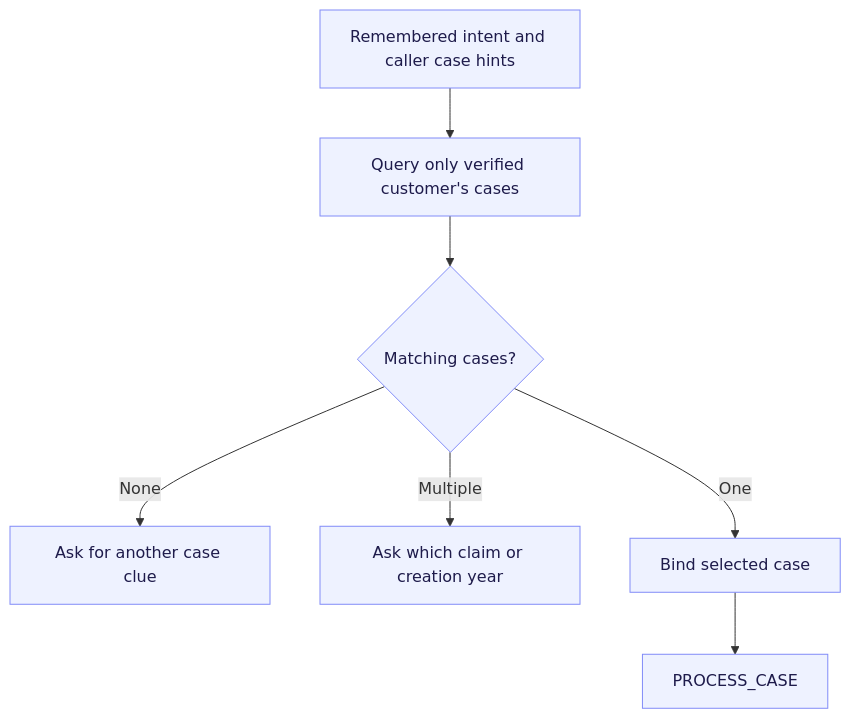
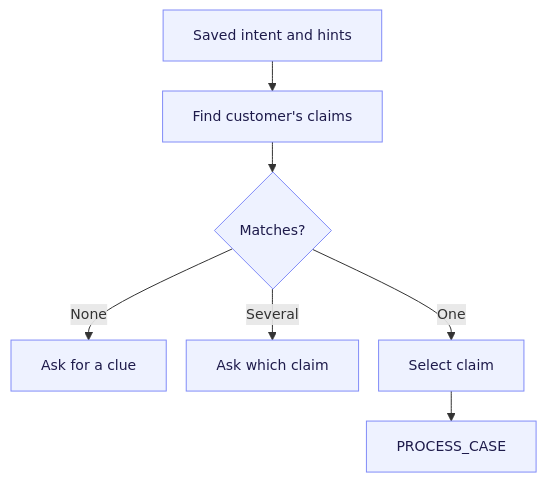
Before and after one commit to XinhaoTheo/insurance-claims-sop-agent: the second of 10 diagrams in docs/architecture.md, drawn with Mermaid. The commit also changed other lines of this file and 1 other file, not shown here.

Commit message:
docs: fit diagrams to page width

````diff
--- a/docs/architecture.md
+++ b/docs/architecture.md
@@ -60,11 +55,12 @@
 ```mermaid
+%%{init: {"flowchart": {"nodeSpacing": 20, "rankSpacing": 30}, "themeVariables": {"fontSize": "14px"}}}%%
 flowchart TD
-    Saved["Remembered intent and caller case hints"] --> Query["Query only verified customer's cases"]
-    Query --> Count{"Matching cases?"}
-    Count -->|None| Clarify["Ask for another case clue"]
-    Count -->|Multiple| Distinguish["Ask which claim or creation year"]
-    Count -->|One| Bind["Bind selected case"]
+    Hints["Saved intent and hints"] --> Query["Find customer's claims"]
+    Query --> Count{"Matches?"}
+    Count -->|None| Clarify["Ask for a clue"]
+    Count -->|Several| Choose["Ask which claim"]
+    Count -->|One| Bind["Select claim"]
     Bind --> Process["PROCESS_CASE"]
 
     classDef default fill:#eef2ff,stroke:#818cf8,color:#1e1b4b;
 ```
````
